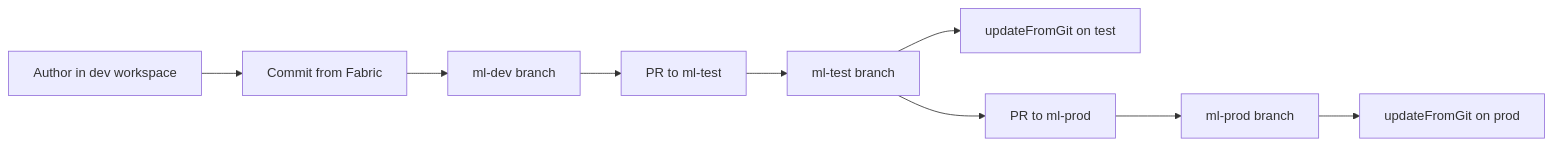
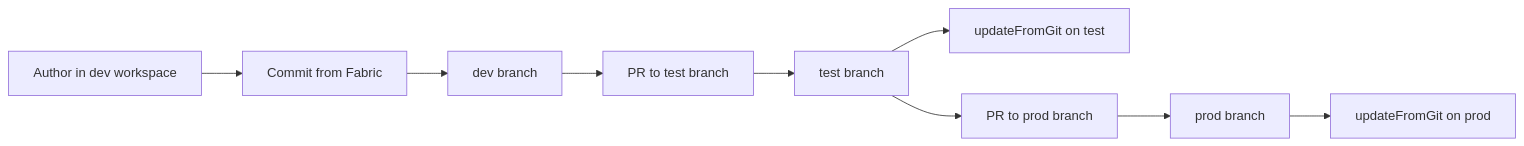
Before and after one commit to chanderksharma/fabric-cicd-automation-project: the diagram in README.md, drawn with Mermaid. The commit also changed other lines of this file, not shown here.

Commit message:
docs: make the promotion diagram lane-neutral
- branch nodes no longer hard-code the ml- stem
- state the naming rule above the diagram instead
- point the pause and resume example at the capacity_names output

📗 - Generated by Copilot

````diff
--- a/README.md
+++ b/README.md
@@ -213,11 +215,11 @@
 ```mermaid
 flowchart LR
     AUTHOR[Author in dev workspace] --> COMMIT[Commit from Fabric]
-    COMMIT --> DEVB[ml-dev branch]
-    DEVB --> PRT[PR to ml-test]
-    PRT --> TESTB[ml-test branch]
+    COMMIT --> DEVB[dev branch]
+    DEVB --> PRT[PR to test branch]
+    PRT --> TESTB[test branch]
     TESTB --> UFGT[updateFromGit on test]
-    TESTB --> PRP[PR to ml-prod]
-    PRP --> PRODB[ml-prod branch]
+    TESTB --> PRP[PR to prod branch]
+    PRP --> PRODB[prod branch]
     PRODB --> UFGP[updateFromGit on prod]
 ```
````
